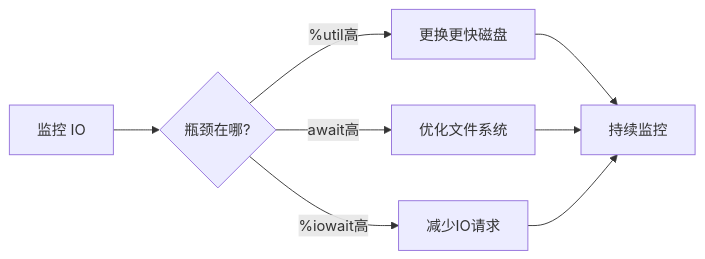
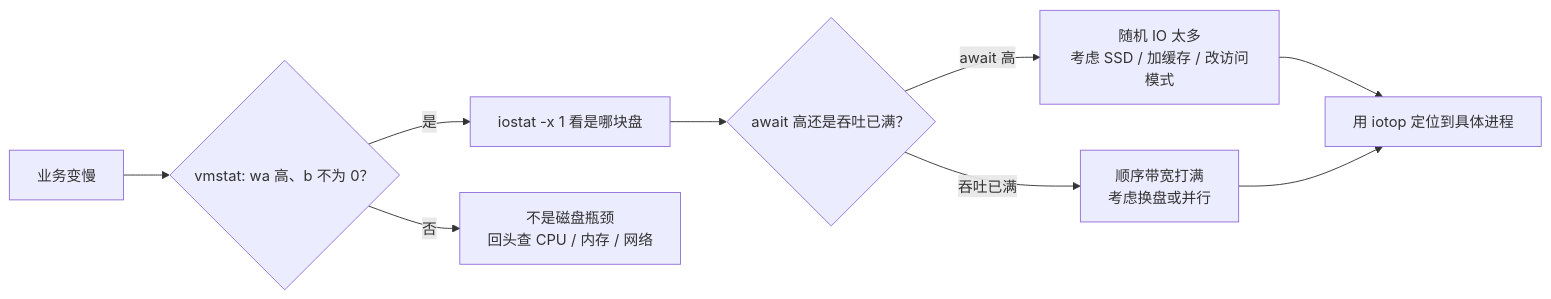
Before and after one commit to before80/prgms: the diagram in content/linux/performance_optimization/Chapter-77-Disk-IO-Optimization.md, drawn with Mermaid. The commit also changed other lines of this file and 1645 other files, not shown here.

````diff
--- a/content/linux/performance_optimization/Chapter-77-Disk-IO-Optimization.md
+++ b/content/linux/performance_optimization/Chapter-77-Disk-IO-Optimization.md
@@ -170,10 +312,11 @@
 ```mermaid
 graph LR
-    A[监控 IO] --> B{瓶颈在哪?}
-    B -->|%util高| C[更换更快磁盘]
-    B -->|await高| D[优化文件系统]
-    B -->|%iowait高| E[减少IO请求]
-    C --> F[持续监控]
-    D --> F
-    E --> F
+    A["业务变慢"] --> B{"vmstat: wa 高、b 不为 0？"}
+    B -->|是| C["iostat -x 1 看是哪块盘"]
+    C --> D{"await 高还是吞吐已满？"}
+    D -->|"await 高"| E["随机 IO 太多<br/>考虑 SSD / 加缓存 / 改访问模式"]
+    D -->|"吞吐已满"| F["顺序带宽打满<br/>考虑换盘或并行"]
+    B -->|否| G["不是磁盘瓶颈<br/>回头查 CPU / 内存 / 网络"]
+    E --> H["用 iotop 定位到具体进程"]
+    F --> H
 ```
````
